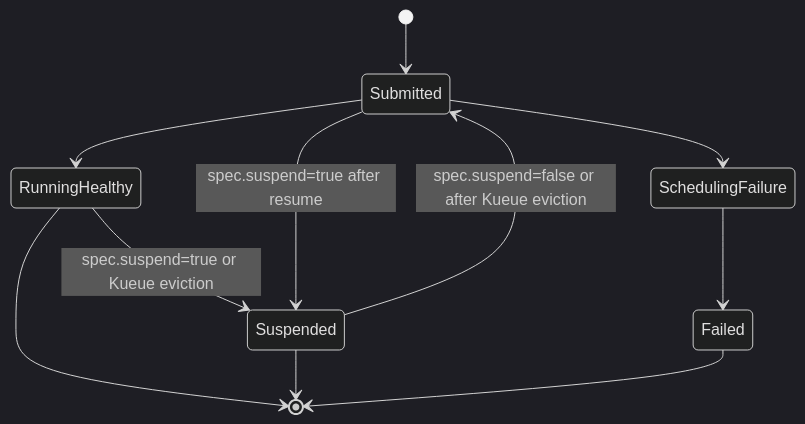
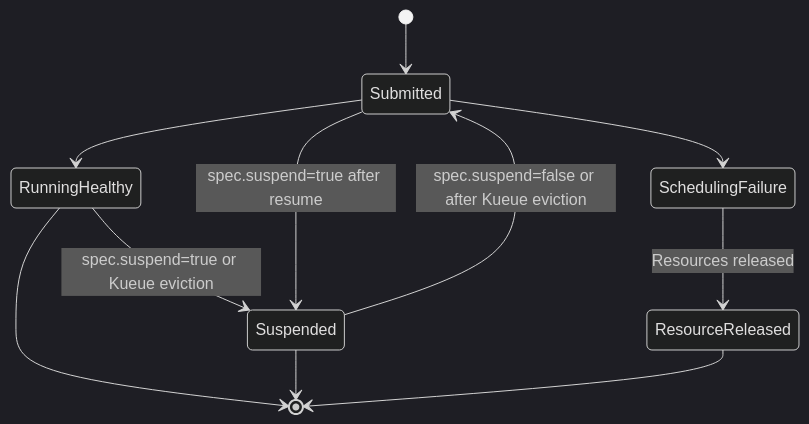
Before and after one commit to apache/spark-kubernetes-operator: the fourth of 4 diagrams in docs/architecture.md, drawn with Mermaid (dark theme). The commit also changed other lines of this file and 14 other files, not shown here.

First line of the commit message:
[SPARK-60463] Release the resources of a `SparkCluster` on `SchedulingFailure` and end it as `ResourceReleased`

````diff
--- a/docs/architecture.md
+++ b/docs/architecture.md
@@ -315,18 +318,18 @@
 ```mermaid
 stateDiagram-v2
 
     [*] --> Submitted
 
     Submitted --> RunningHealthy
     Submitted --> SchedulingFailure
 
-    SchedulingFailure --> Failed
+    SchedulingFailure --> ResourceReleased : Resources released
 
     RunningHealthy --> Suspended : spec.suspend=true or Kueue eviction
     Suspended --> Submitted : spec.suspend=false or after Kueue eviction
     Submitted --> Suspended : spec.suspend=true after resume
 
     RunningHealthy --> [*]
     Suspended --> [*]
-    Failed --> [*]
+    ResourceReleased --> [*]
 ```
````
